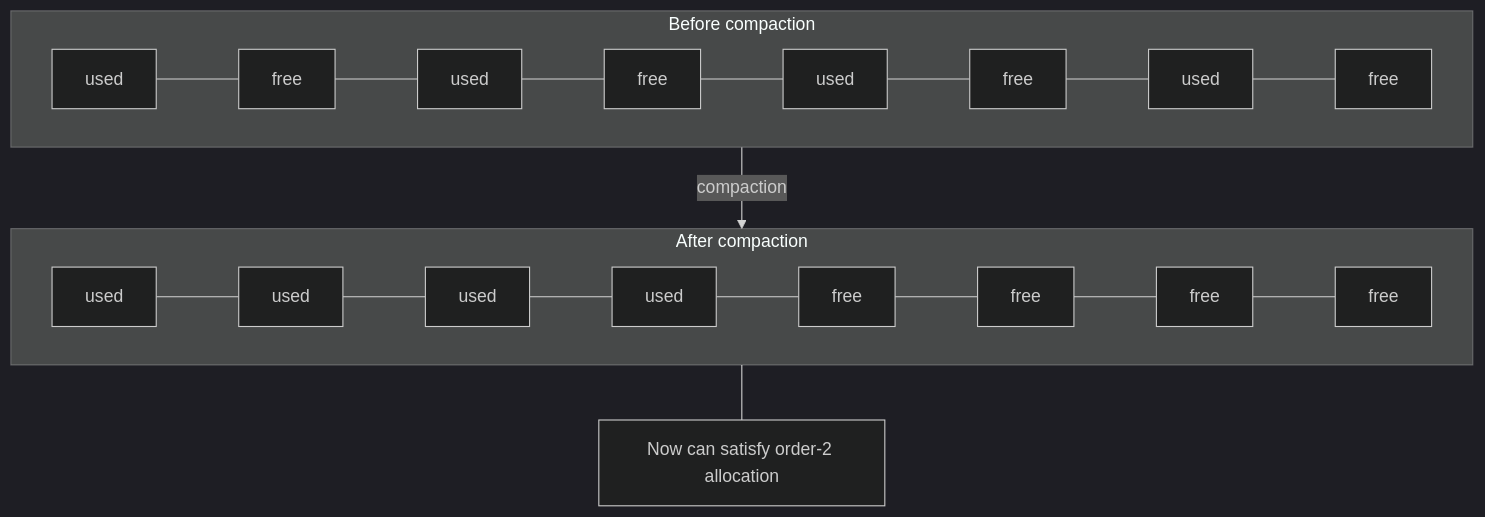
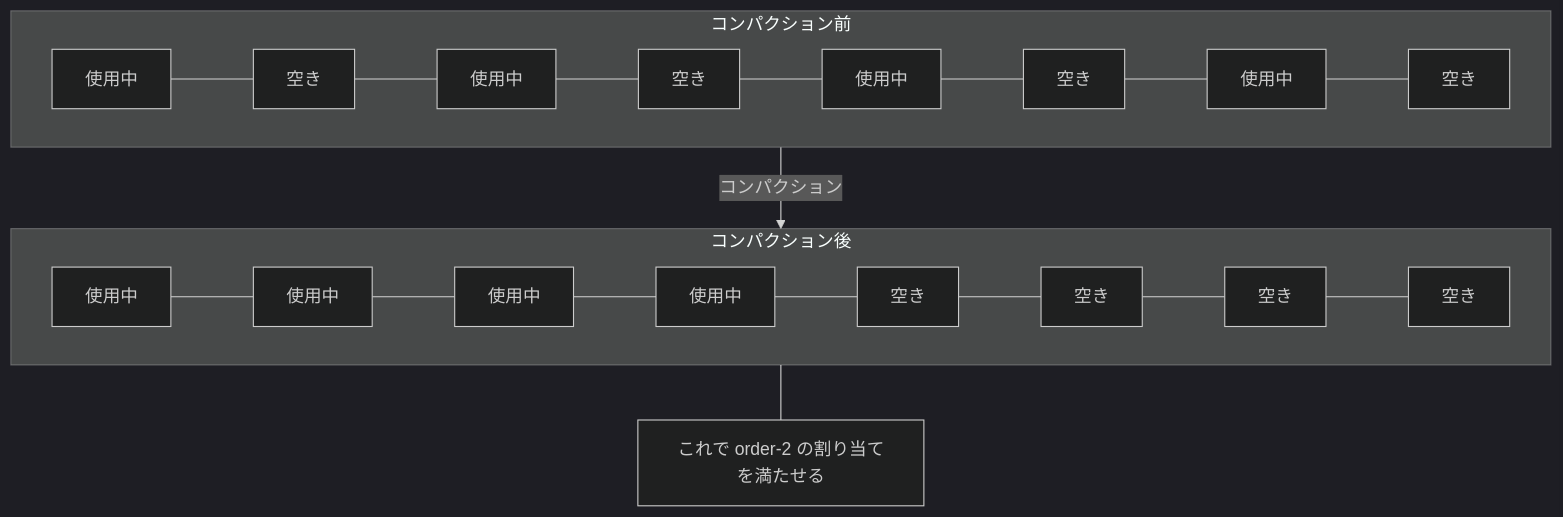
Before and after one commit to doguto/linux-kernel-internals-jp: the fifth of 8 diagrams in docs/mm/oom.md, drawn with Mermaid (dark theme). The commit also changed other lines of this file and 1 other file, not shown here.

````diff
--- a/docs/mm/oom.md
+++ b/docs/mm/oom.md
@@ -294,17 +294,17 @@
 ```mermaid
 flowchart TB
-    subgraph Before["Before compaction"]
+    subgraph Before["コンパクション前"]
         direction LR
-        B1["used"] --- B2["free"] --- B3["used"] --- B4["free"] --- B5["used"] --- B6["free"] --- B7["used"] --- B8["free"]
+        B1["使用中"] --- B2["空き"] --- B3["使用中"] --- B4["空き"] --- B5["使用中"] --- B6["空き"] --- B7["使用中"] --- B8["空き"]
     end
 
-    subgraph After["After compaction"]
+    subgraph After["コンパクション後"]
         direction LR
-        A1["used"] --- A2["used"] --- A3["used"] --- A4["used"] --- A5["free"] --- A6["free"] --- A7["free"] --- A8["free"]
+        A1["使用中"] --- A2["使用中"] --- A3["使用中"] --- A4["使用中"] --- A5["空き"] --- A6["空き"] --- A7["空き"] --- A8["空き"]
     end
 
-    Before -->|"compaction"| After
+    Before -->|"コンパクション"| After
 
-    Note["Now can satisfy order-2 allocation"]
+    Note["これで order-2 の割り当てを満たせる"]
     After --- Note
 ```
````
